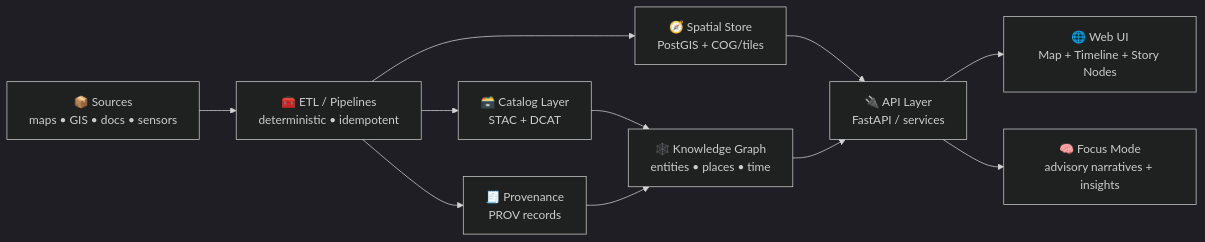
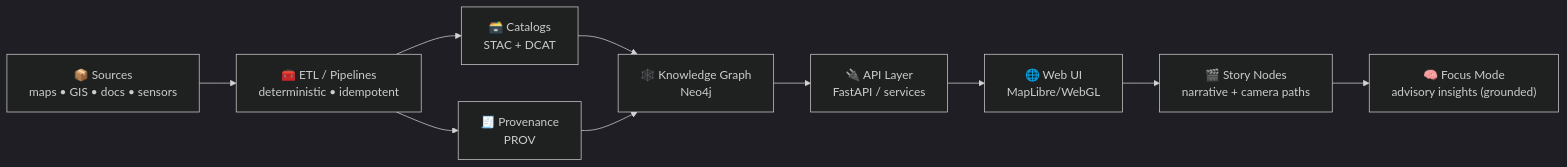
Before and after one commit to bartytime4life/Kansas-Frontier-Matrix: the first of 3 diagrams in .github/README.md, drawn with Mermaid (dark theme). The commit also changed other lines of this file, not shown here.

````diff
--- a/.github/README.md
+++ b/.github/README.md
@@ -47,13 +98,12 @@
 ```mermaid
 flowchart LR
-  A["📦 Sources<br/>maps • GIS • docs • sensors"] --> B["🧰 ETL / Pipelines<br/>deterministic • idempotent"];
-  B --> C["🗃️ Catalog Layer<br/>STAC + DCAT"];
-  B --> D["🧾 Provenance<br/>PROV records"];
-  B --> E["🧭 Spatial Store<br/>PostGIS + COG/tiles"];
-  C --> F["🕸️ Knowledge Graph<br/>entities • places • time"];
-  D --> F;
-  E --> G["🔌 API Layer<br/>FastAPI / services"];
-  F --> G;
-  G --> H["🌐 Web UI<br/>Map + Timeline + Story Nodes"];
-  G --> I["🧠 Focus Mode<br/>advisory narratives + insights"];
+  A["📦 Sources<br/>maps • GIS • docs • sensors"] --> B["🧰 ETL / Pipelines<br/>deterministic • idempotent"]
+  B --> C["🗃️ Catalogs<br/>STAC + DCAT"]
+  B --> D["🧾 Provenance<br/>PROV"]
+  C --> E["🕸️ Knowledge Graph<br/>Neo4j"]
+  D --> E
+  E --> F["🔌 API Layer<br/>FastAPI / services"]
+  F --> G["🌐 Web UI<br/>MapLibre/WebGL"]
+  G --> H["🎬 Story Nodes<br/>narrative + camera paths"]
+  H --> I["🧠 Focus Mode<br/>advisory insights (grounded)"]
 ```
````
